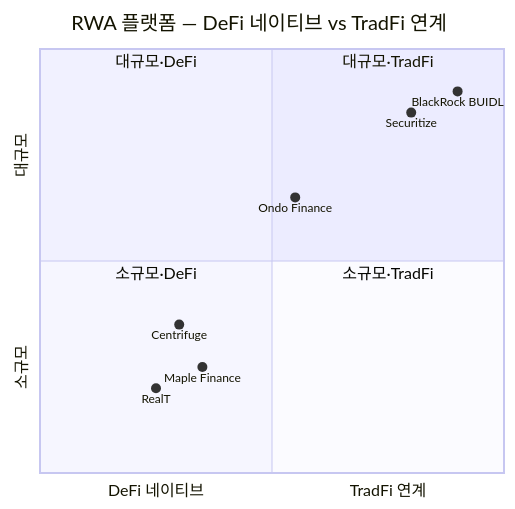
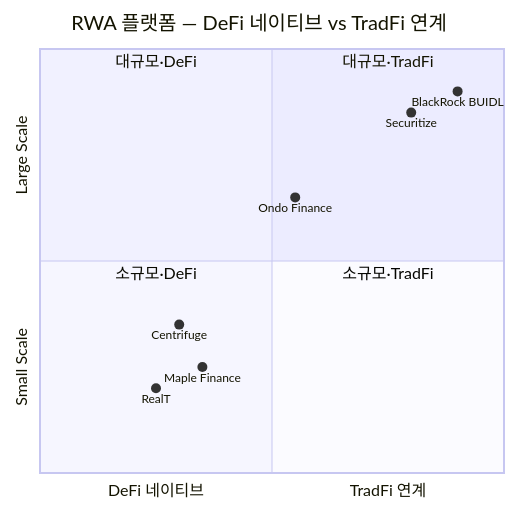
Before and after one commit to OkyoKwon/studyNresearch: the first of 2 diagrams in docs/domains/rwa/products/index.md, drawn with Mermaid. The commit also changed 9 other files, not shown here.

````diff
--- a/docs/domains/rwa/products/index.md
+++ b/docs/domains/rwa/products/index.md
@@ -35,16 +35,16 @@
 ```mermaid
 quadrantChart
     title RWA 플랫폼 — DeFi 네이티브 vs TradFi 연계
     x-axis DeFi 네이티브 --> TradFi 연계
-    y-axis 소규모 --> 대규모
+    y-axis Small Scale --> Large Scale
     quadrant-1 대규모·TradFi
     quadrant-2 대규모·DeFi
     quadrant-3 소규모·DeFi
     quadrant-4 소규모·TradFi
     Centrifuge: [0.30, 0.35]
     Ondo Finance: [0.55, 0.65]
     Maple Finance: [0.35, 0.25]
     RealT: [0.25, 0.20]
     Securitize: [0.80, 0.85]
     BlackRock BUIDL: [0.90, 0.90]
 ```
````
